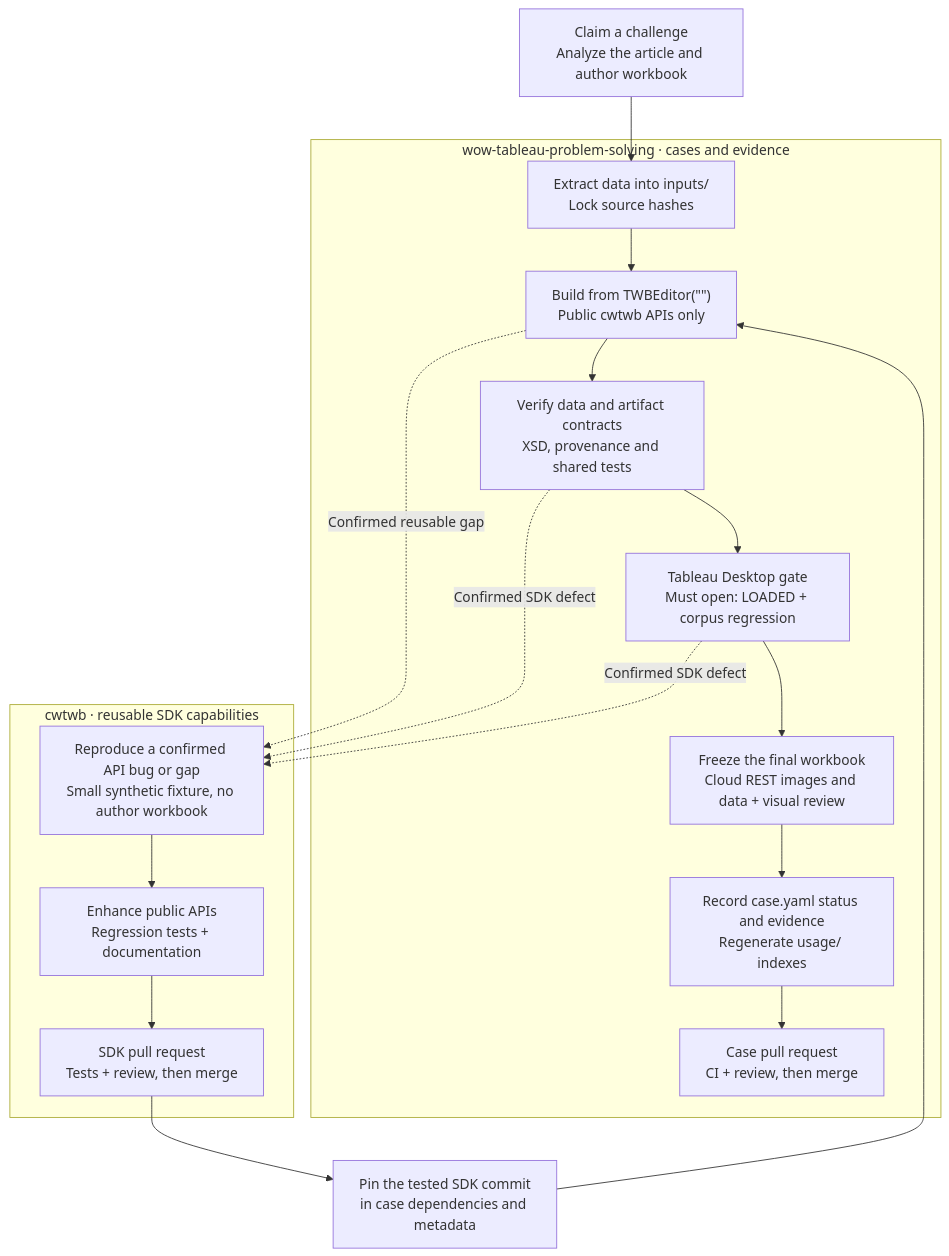
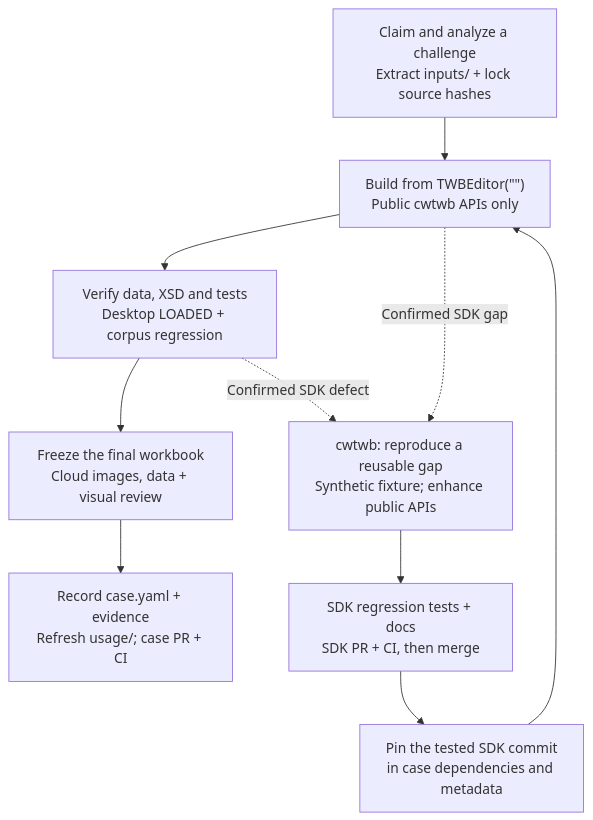
The diagram in README.md (aidatacooper/wow-tableau-problem-solving), drawn with Mermaid before and after one commit.

Commit message:
docs: compact the contribution loop diagram

````diff
--- a/README.md
+++ b/README.md
@@ -23,29 +23,17 @@
 ```mermaid
 flowchart TD
-    source["Claim a challenge<br/>Analyze the article and author workbook"]
+    source["Claim and analyze a challenge<br/>Extract inputs/ + lock source hashes"]
+    build["Build from TWBEditor(&quot;&quot;)<br/>Public cwtwb APIs only"]
+    checks["Verify data, XSD and tests<br/>Desktop LOADED + corpus regression"]
+    cloud["Freeze the final workbook<br/>Cloud images, data + visual review"]
+    record["Record case.yaml + evidence<br/>Refresh usage/; case PR + CI"]
+    source --> build --> checks --> cloud --> record
 
-    subgraph wow["wow-tableau-problem-solving · cases and evidence"]
-        inputs["Extract data into inputs/<br/>Lock source hashes"]
-        build["Build from TWBEditor(&quot;&quot;)<br/>Public cwtwb APIs only"]
-        checks["Verify data and artifact contracts<br/>XSD, provenance and shared tests"]
-        desktop["Tableau Desktop gate<br/>Must open: LOADED + corpus regression"]
-        cloud["Freeze the final workbook<br/>Cloud REST images and data + visual review"]
-        record["Record case.yaml status and evidence<br/>Regenerate usage/ indexes"]
-        review["Case pull request<br/>CI + review, then merge"]
-        inputs --> build --> checks --> desktop --> cloud --> record --> review
-    end
-
-    subgraph sdk["cwtwb · reusable SDK capabilities"]
-        gap["Reproduce a confirmed API bug or gap<br/>Small synthetic fixture, no author workbook"]
-        enhance["Enhance public APIs<br/>Regression tests + documentation"]
-        release["SDK pull request<br/>Tests + review, then merge"]
-        gap --> enhance --> release
-    end
-
-    source --> inputs
-    build -. "Confirmed reusable gap" .-> gap
+    gap["cwtwb: reproduce a reusable gap<br/>Synthetic fixture; enhance public APIs"]
+    release["SDK regression tests + docs<br/>SDK PR + CI, then merge"]
+    build -. "Confirmed SDK gap" .-> gap
     checks -. "Confirmed SDK defect" .-> gap
-    desktop -. "Confirmed SDK defect" .-> gap
+    gap --> release
     release --> pin["Pin the tested SDK commit<br/>in case dependencies and metadata"]
     pin --> build
 ```
````
